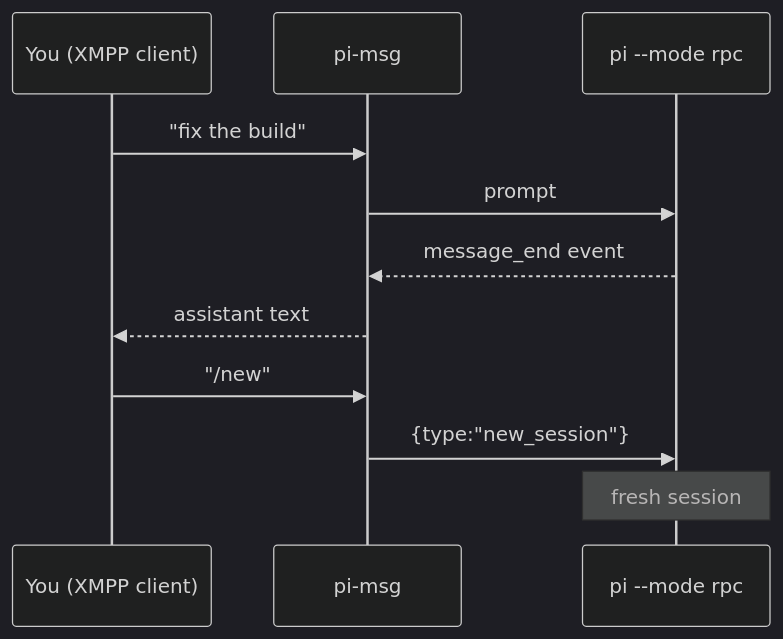
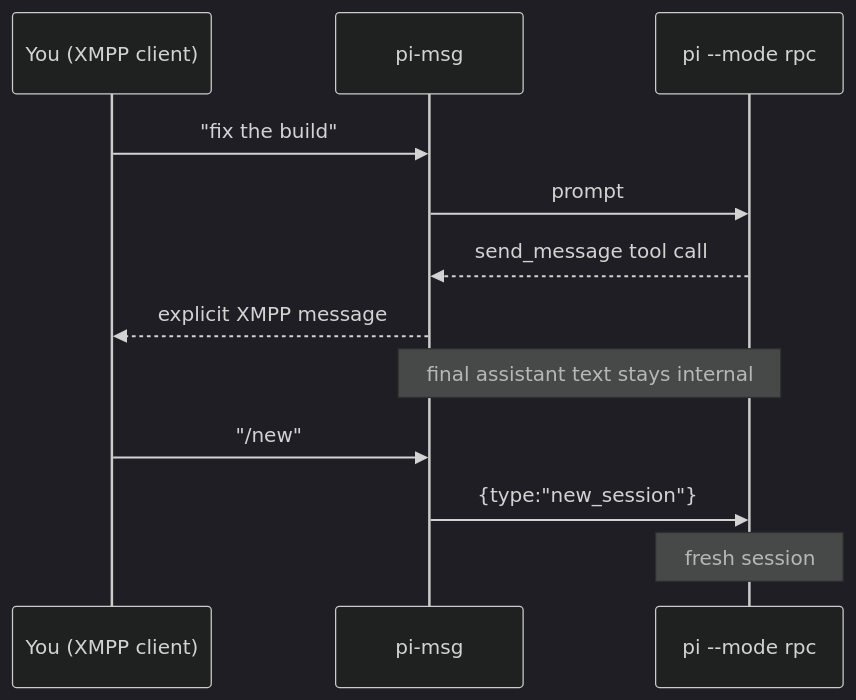
The diagram in README.md (zachpmanson/pi-msg), drawn with Mermaid (dark theme) before and after one commit. The commit also changed other lines of this file and 17 other files, not shown here.

Commit message:
feat: make XMPP messaging explicit and stop reaction loops

````diff
--- a/README.md
+++ b/README.md
@@ -10,13 +10,14 @@
 ```mermaid
 sequenceDiagram
     participant You as You (XMPP client)
     participant Bridge as pi-msg
     participant Pi as pi --mode rpc
     You->>Bridge: "fix the build"
     Bridge->>Pi: prompt
-    Pi-->>Bridge: message_end event
-    Bridge-->>You: assistant text
+    Pi-->>Bridge: send_message tool call
+    Bridge-->>You: explicit XMPP message
+    Note over Pi,Bridge: final assistant text stays internal
     You->>Bridge: "/new"
     Bridge->>Pi: {type:"new_session"}
     Note over Pi: fresh session
 ```
````
